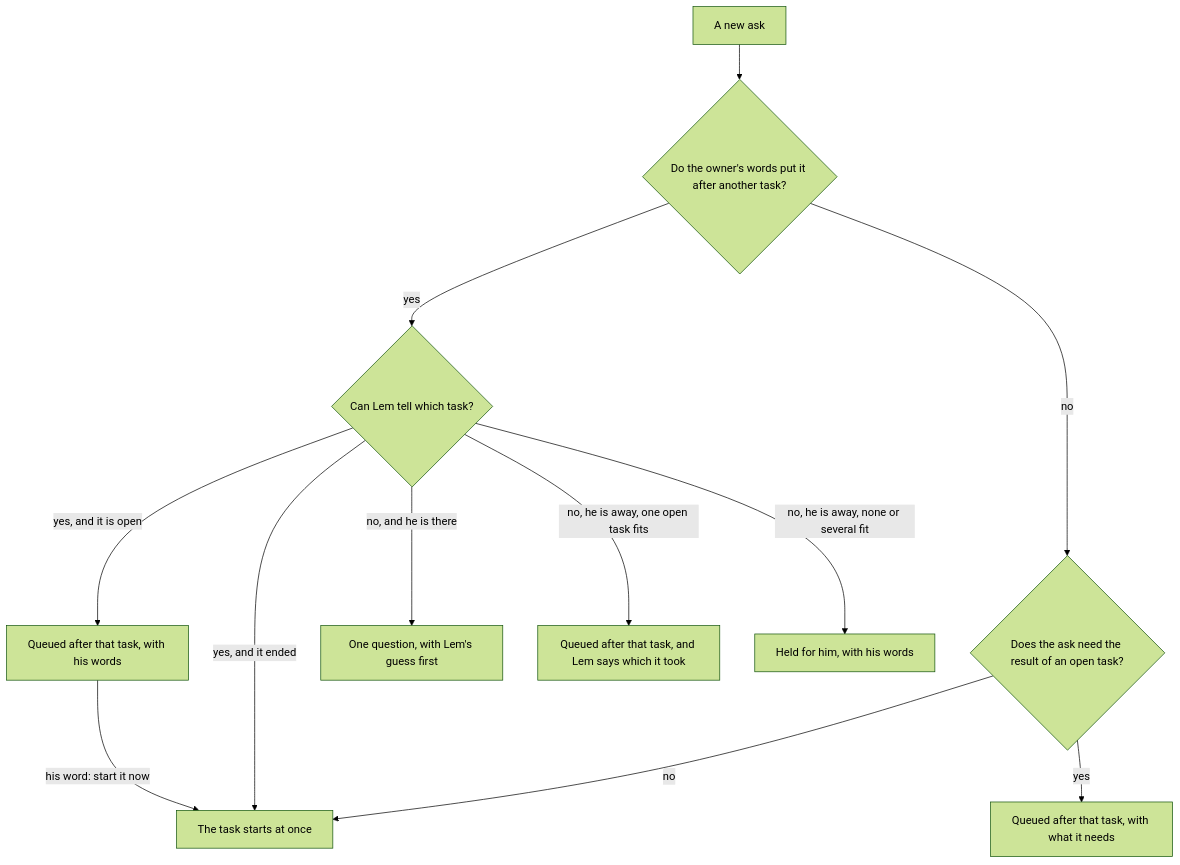
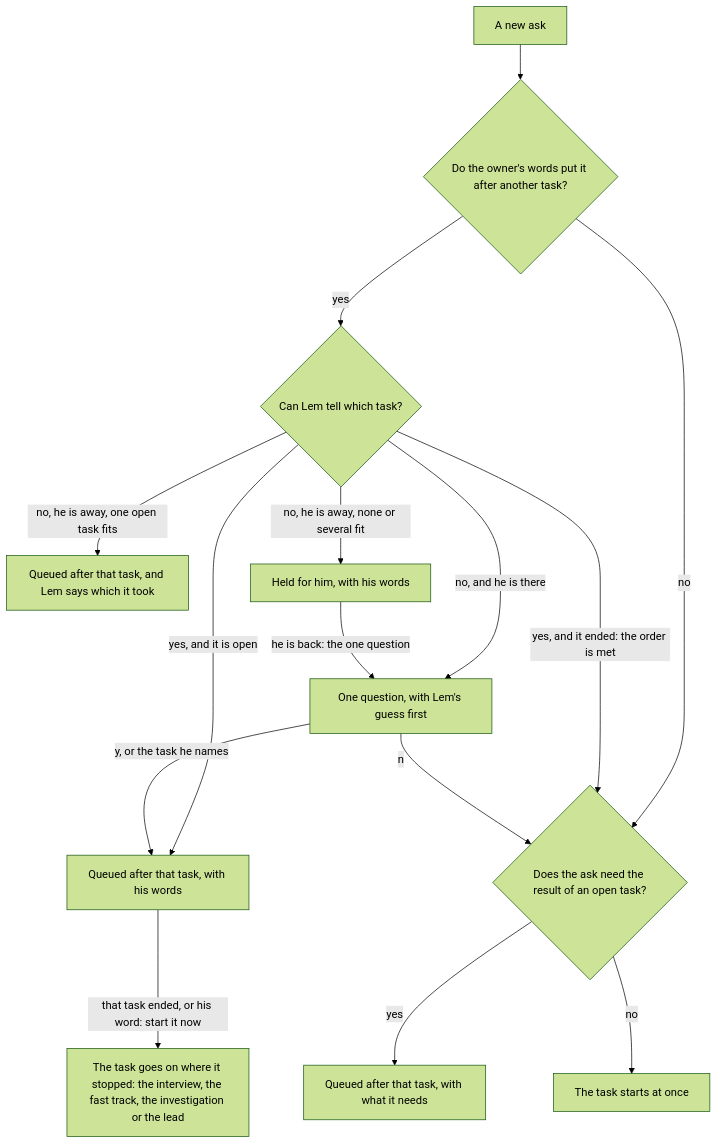
One commit to pySilver/lem changed the diagram in docs/plans/2026-11-21-owner-task-order-stays.md. Above: the diagram before and after it, drawn with Mermaid (forest theme). The commit also changed other lines of this file, not shown here.

First line of the commit message:
docs(plans): the plan talk's first repairs: a queued task goes on where it stopped, his word to start it has a route, a held order has a fixed line

````diff
--- a/docs/plans/2026-11-21-owner-task-order-stays.md
+++ b/docs/plans/2026-11-21-owner-task-order-stays.md
@@ -31,14 +31,17 @@
 ```mermaid
 flowchart TD
   A["A new ask"] --> B{"Do the owner's words put it after another task?"}
   B -->|"yes"| T{"Can Lem tell which task?"}
   B -->|"no"| C{"Does the ask need the result of an open task?"}
   C -->|"yes"| N["Queued after that task, with what it needs"]
   C -->|"no"| S["The task starts at once"]
-  T -->|"yes, and it ended"| S
+  T -->|"yes, and it ended: the order is met"| C
   T -->|"yes, and it is open"| Q["Queued after that task, with his words"]
   T -->|"no, and he is there"| K["One question, with Lem's guess first"]
   T -->|"no, he is away, one open task fits"| G["Queued after that task, and Lem says which it took"]
   T -->|"no, he is away, none or several fit"| H["Held for him, with his words"]
-  Q -->|"his word: start it now"| S
+  K -->|"y, or the task he names"| Q
+  K -->|"n"| C
+  H -->|"he is back: the one question"| K
+  Q -->|"that task ended, or his word: start it now"| R["The task goes on where it stopped: the interview, the fast track, the investigation or the lead"]
 ```
````
